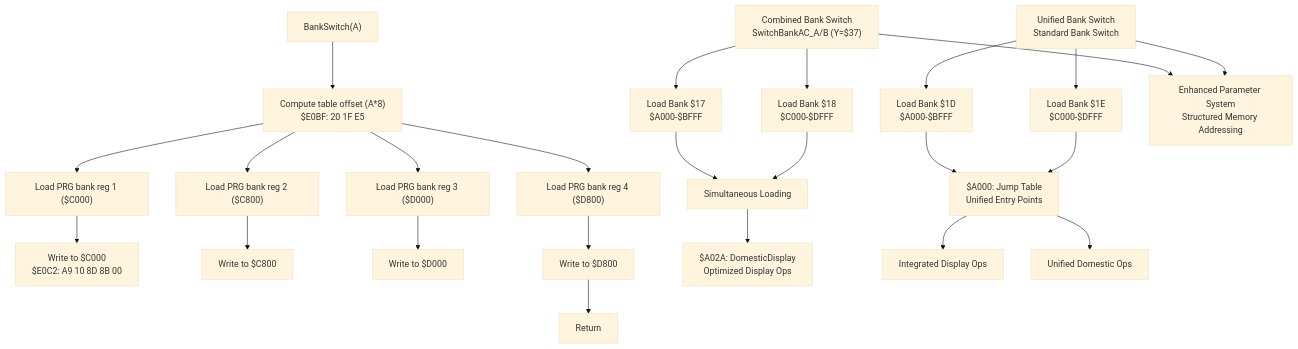
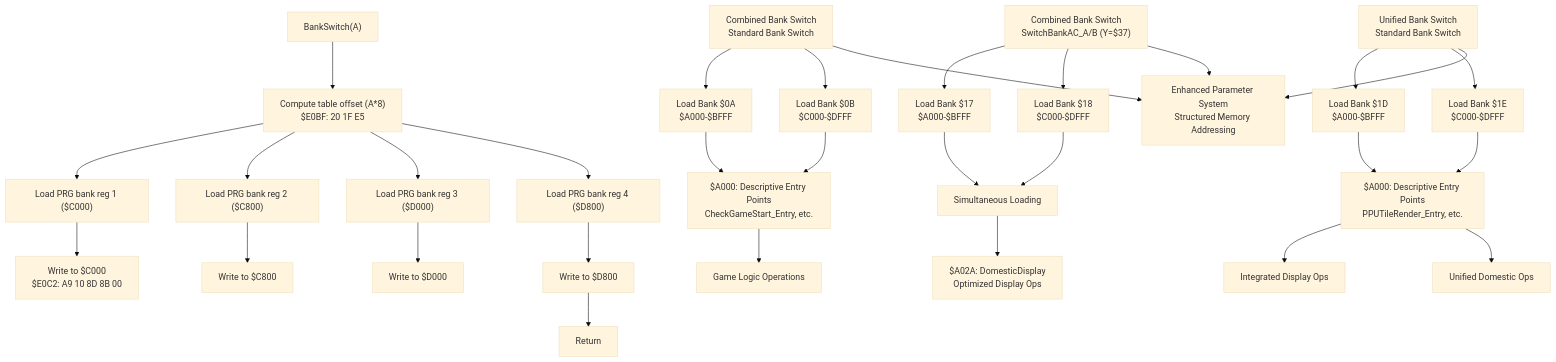
The tenth of 15 diagrams in .qoder/repowiki/en/content/Assembly Architecture/Assembly Architecture.md (rabbyzero/sango2dasm), drawn with Mermaid (base theme) before and after one commit. The commit also changed other lines of this file and 18 other files, not shown here.

````diff
--- a/.qoder/repowiki/en/content/Assembly Architecture/Assembly Architecture.md
+++ b/.qoder/repowiki/en/content/Assembly Architecture/Assembly Architecture.md
@@ -518,27 +638,33 @@
 ```mermaid
 flowchart TD
 CALL["BankSwitch(A)"] --> TABLEIDX["Compute table offset (A*8)<br/>$E0BF: 20 1F E5"]
 TABLEIDX --> LOAD1["Load PRG bank reg 1 ($C000)"]
 LOAD1 --> WRITE1["Write to $C000<br/>$E0C2: A9 10 8D 8B 00"]
 TABLEIDX --> LOAD2["Load PRG bank reg 2 ($C800)"]
 LOAD2 --> WRITE2["Write to $C800"]
 TABLEIDX --> LOAD3["Load PRG bank reg 3 ($D000)"]
 LOAD3 --> WRITE3["Write to $D000"]
 TABLEIDX --> LOAD4["Load PRG bank reg 4 ($D800)"]
 LOAD4 --> WRITE4["Write to $D800"]
 WRITE4 --> DONE["Return"]
+COMBINED0A_0B["Combined Bank Switch<br/>Standard Bank Switch"] --> BANK0A["Load Bank $0A<br/>$A000-$BFFF"]
+COMBINED0A_0B --> BANK0B["Load Bank $0B<br/>$C000-$DFFF"]
+BANK0A --> UNIFIED0A_0B["$A000: Descriptive Entry Points<br/>CheckGameStart_Entry, etc."]
+BANK0B --> UNIFIED0A_0B
+UNIFIED0A_0B --> GAMELOGIC["Game Logic Operations"]
 COMBINED17_18["Combined Bank Switch<br/>SwitchBankAC_A/B (Y=$37)"] --> BANKA["Load Bank $17<br/>$A000-$BFFF"]
 COMBINED17_18 --> BANKB["Load Bank $18<br/>$C000-$DFFF"]
 BANKA --> SIMULTANEOUS["Simultaneous Loading"]
 BANKB --> SIMULTANEOUS
 SIMULTANEOUS --> OPTIMIZED["$A02A: DomesticDisplay<br/>Optimized Display Ops"]
 COMBINED1D_1E["Unified Bank Switch<br/>Standard Bank Switch"] --> BANK1D["Load Bank $1D<br/>$A000-$BFFF"]
 COMBINED1D_1E --> BANK1E["Load Bank $1E<br/>$C000-$DFFF"]
-BANK1D --> UNIFIED["$A000: Jump Table<br/>Unified Entry Points"]
+BANK1D --> UNIFIED["$A000: Descriptive Entry Points<br/>PPUTileRender_Entry, etc."]
 BANK1E --> UNIFIED
 UNIFIED --> DISPLAYOPS["Integrated Display Ops"]
 UNIFIED --> DOMESTICOPS["Unified Domestic Ops"]
 PARAMSYS["Enhanced Parameter System<br/>Structured Memory Addressing"]
+COMBINED0A_0B --> PARAMSYS
 COMBINED17_18 --> PARAMSYS
 COMBINED1D_1E --> PARAMSYS
 ```
````
